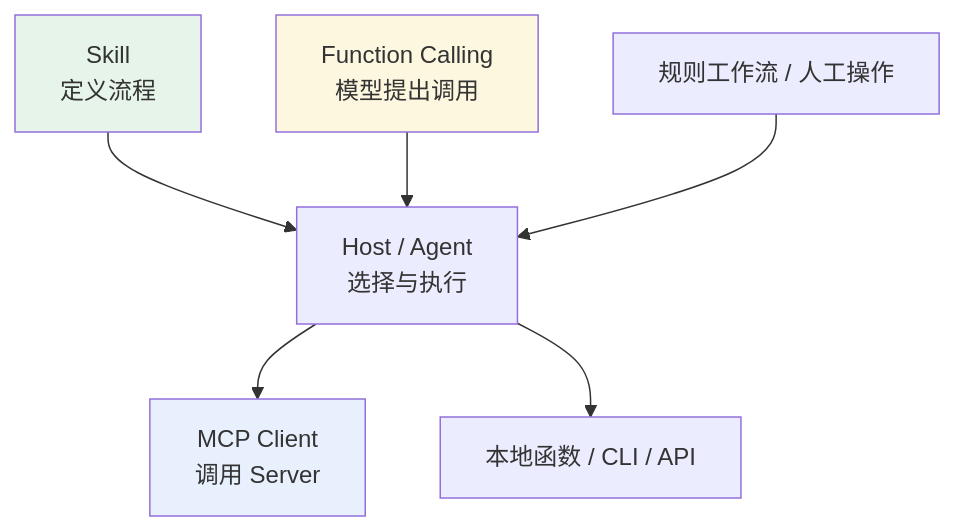
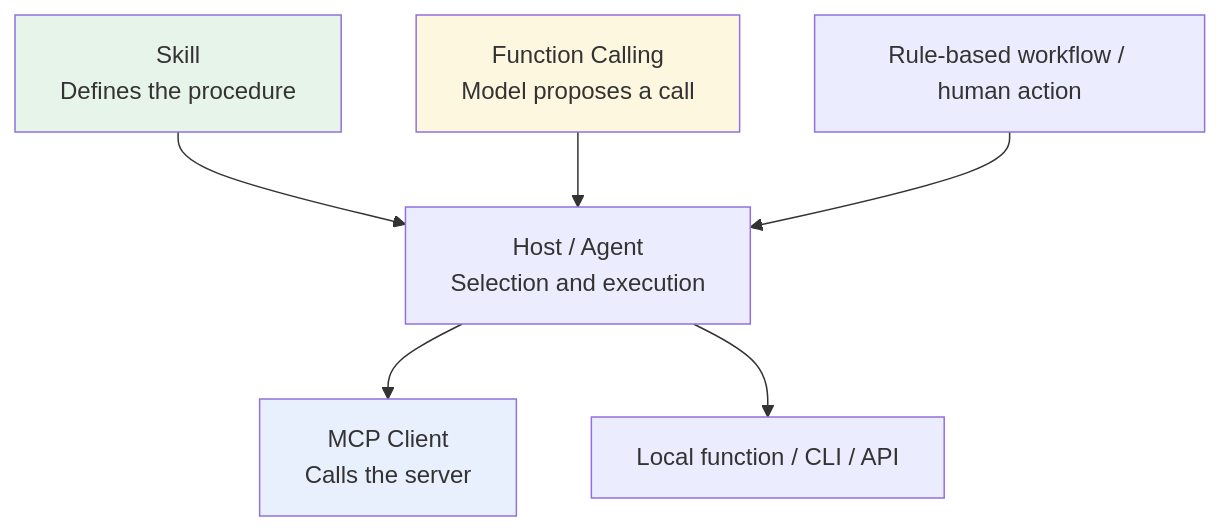
Before and after one commit to oneleaveknowsthefall/awesome-ai-roadmap: the third of 4 diagrams in docs/tools/03-skills/10-fc-skill-mcp.md, drawn with Mermaid. The commit also changed other lines of this file and 42 other files, not shown here.

````diff
--- a/docs/tools/03-skills/10-fc-skill-mcp.md
+++ b/docs/tools/03-skills/10-fc-skill-mcp.md
@@ -78,12 +78,12 @@
 ```mermaid
 flowchart TB
-    S["Skill<br/>定义流程"] --> H["Host / Agent<br/>选择与执行"]
-    H --> M["MCP Client<br/>调用 Server"]
-    H --> LOCAL["本地函数 / CLI / API"]
-    F["Function Calling<br/>模型提出调用"] --> H
-    RULE["规则工作流 / 人工操作"] --> H
+    S["Skill<br/>Defines the procedure"] --> H["Host / Agent<br/>Selection and execution"]
+    H --> M["MCP Client<br/>Calls the server"]
+    H --> LOCAL["Local function / CLI / API"]
+    F["Function Calling<br/>Model proposes a call"] --> H
+    RULE["Rule-based workflow / human action"] --> H
 
     style S fill:#e6f4ea
     style M fill:#e8f0fe
     style F fill:#fef7e0
 ```
````
